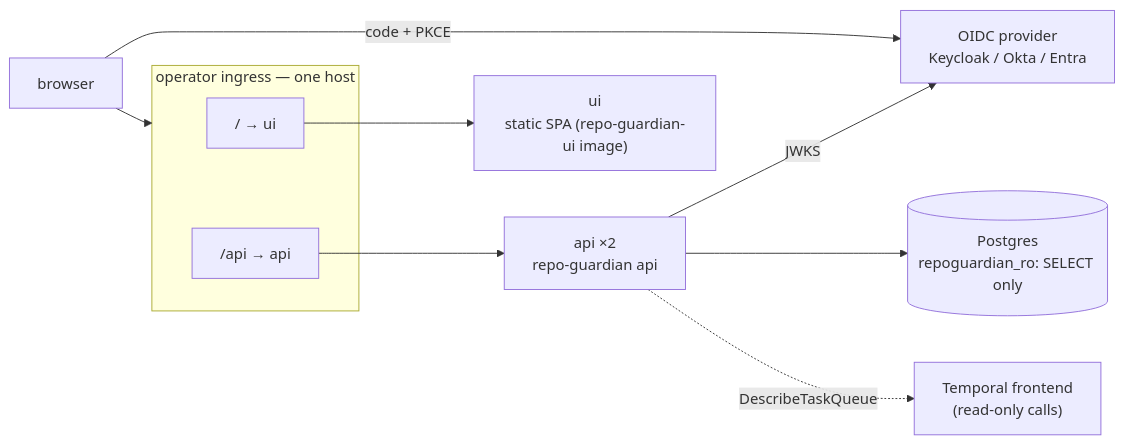
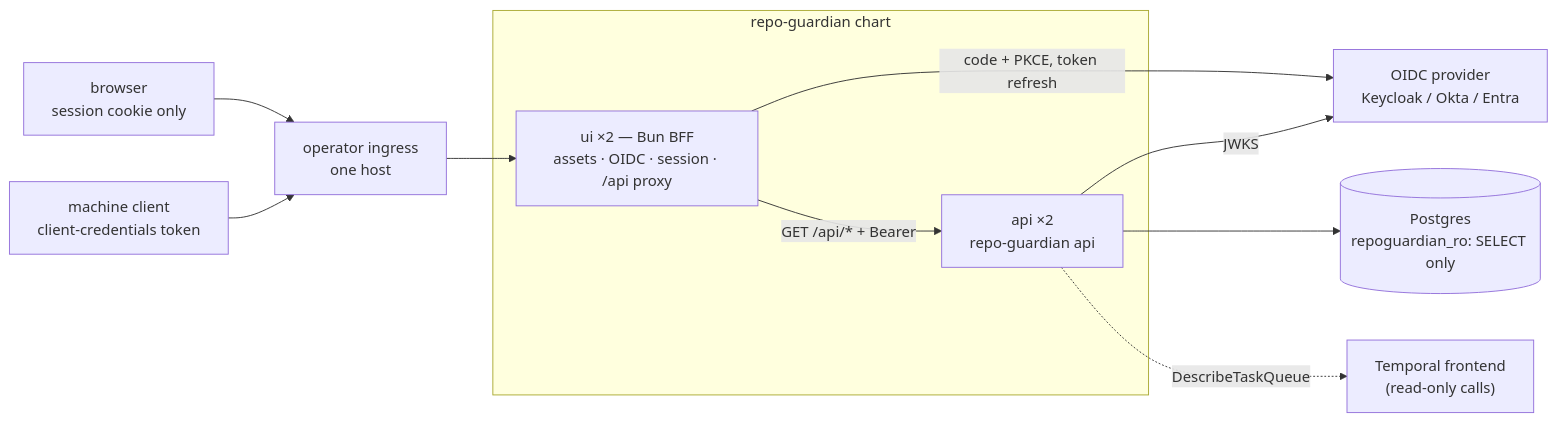
The first of 2 diagrams in docs/design/0027-v2-read-only-api-business-ui-and-status-page.md (donaldgifford/repo-guardian), drawn with Mermaid before and after one commit. The commit also changed other lines of this file and 2 other files, not shown here.

First line of the commit message:
docs(design): resolve DESIGN-0025/0026/0027 open questions; Bun BFF UI in the main chart

````diff
--- a/docs/design/0027-v2-read-only-api-business-ui-and-status-page.md
+++ b/docs/design/0027-v2-read-only-api-business-ui-and-status-page.md
@@ -147,20 +151,21 @@
 ```mermaid
 flowchart LR
-  U["browser"]
+  U["browser<br/>session cookie only"]
+  M["machine client<br/>client-credentials token"]
   IDP["OIDC provider<br/>Keycloak / Okta / Entra"]
-  subgraph EDGE["operator ingress — one host"]
-    R1["/ → ui"]
-    R2["/api → api"]
+  ING["operator ingress<br/>one host"]
+  subgraph RG["repo-guardian chart"]
+    UI["ui ×2 — Bun BFF<br/>assets · OIDC · session · /api proxy"]
+    API["api ×2<br/>repo-guardian api"]
   end
-  UI["ui<br/>static SPA (repo-guardian-ui image)"]
-  API["api ×2<br/>repo-guardian api"]
   PG[("Postgres<br/>repoguardian_ro: SELECT only")]
   T["Temporal frontend<br/>(read-only calls)"]
-  U -->|code + PKCE| IDP
-  U --> EDGE
-  R1 --> UI
-  R2 --> API
+  U --> ING
+  M --> ING
+  ING --> UI
+  UI -->|code + PKCE, token refresh| IDP
+  UI -->|"GET /api/* + Bearer"| API
   API -->|JWKS| IDP
   API --> PG
   API -.->|DescribeTaskQueue| T
 ```
````
